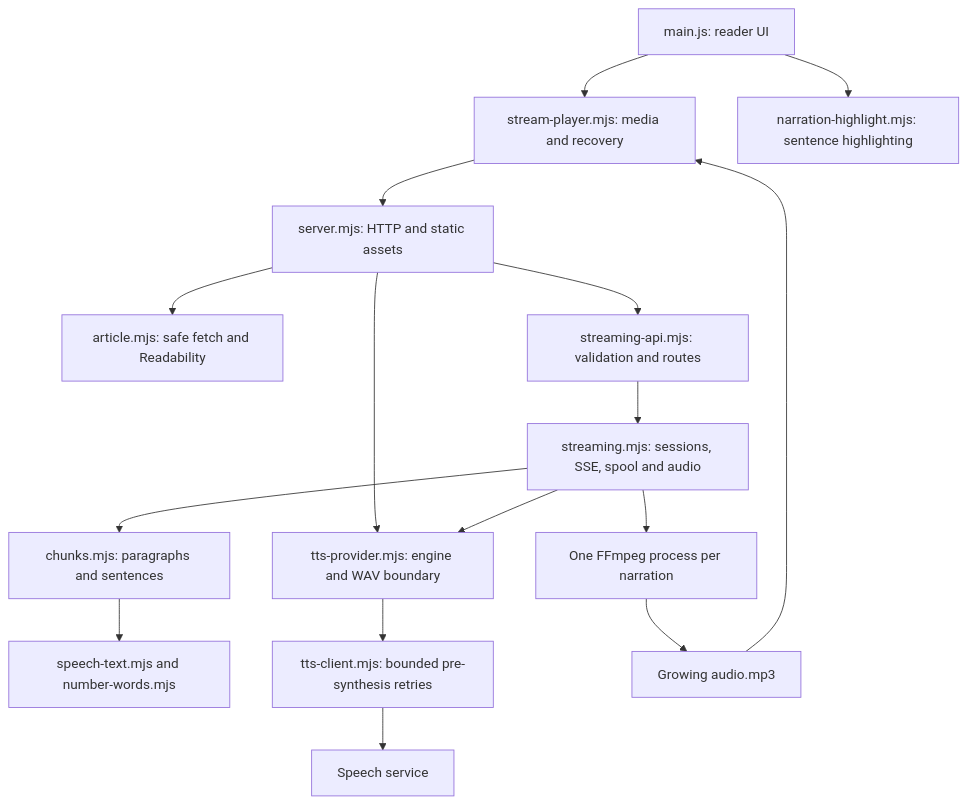
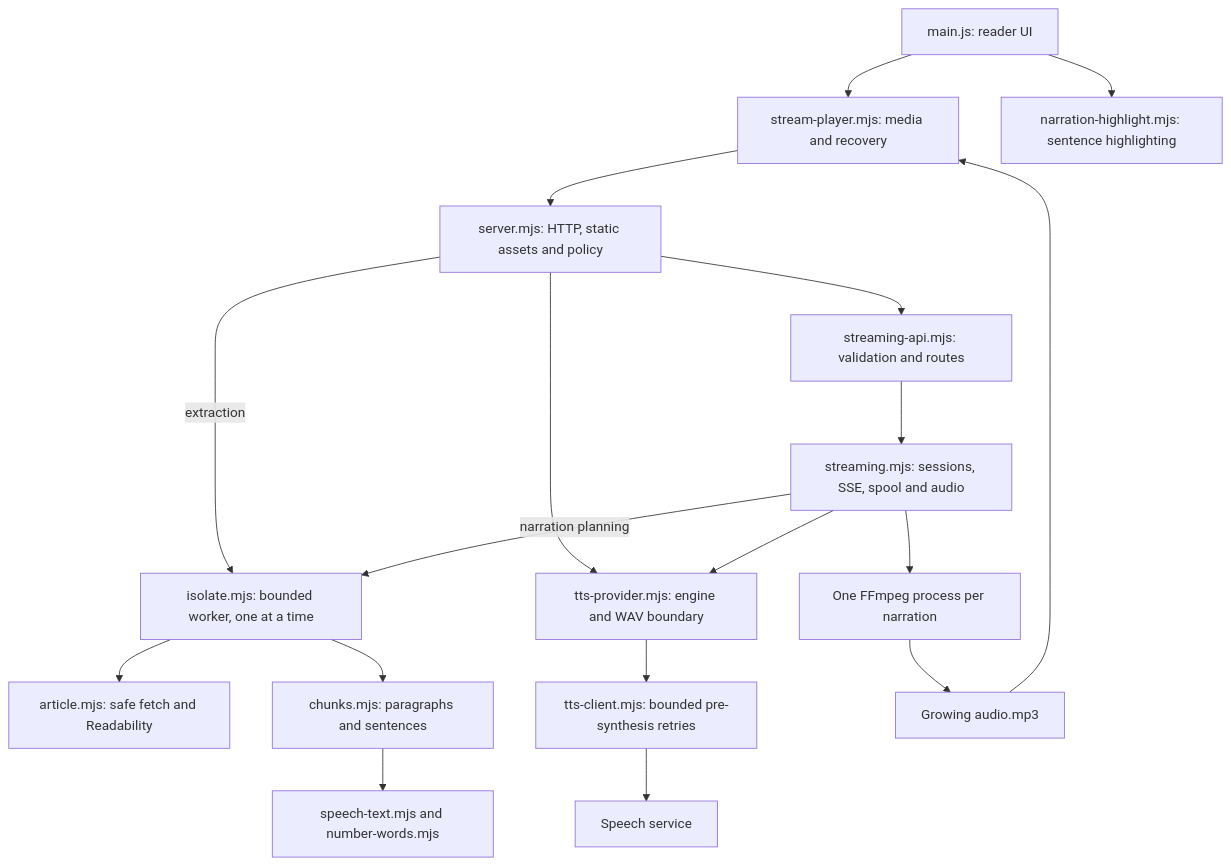
Before and after one commit to acramatte/article-reader: the second of 6 diagrams in docs/architecture.md, drawn with Mermaid. The commit also changed other lines of this file and 2 other files, not shown here.

````diff
--- a/docs/architecture.md
+++ b/docs/architecture.md
@@ -38,18 +39,20 @@
 ```mermaid
 flowchart TD
     UI[main.js: reader UI] --> Player[stream-player.mjs: media and recovery]
     UI --> Highlight[narration-highlight.mjs: sentence highlighting]
-    Player --> HTTP[server.mjs: HTTP and static assets]
-    HTTP --> Article[article.mjs: safe fetch and Readability]
+    Player --> HTTP[server.mjs: HTTP, static assets and policy]
+    HTTP -->|extraction| Isolate[isolate.mjs: bounded worker, one at a time]
+    Isolate --> Article[article.mjs: safe fetch and Readability]
     HTTP --> API[streaming-api.mjs: validation and routes]
     API --> Sessions[streaming.mjs: sessions, SSE, spool and audio]
-    Sessions --> Chunks[chunks.mjs: paragraphs and sentences]
+    Sessions -->|narration planning| Isolate
+    Isolate --> Chunks[chunks.mjs: paragraphs and sentences]
     Chunks --> Speech[speech-text.mjs and number-words.mjs]
     HTTP --> Provider[tts-provider.mjs: engine and WAV boundary]
     Sessions --> Provider
     Provider --> Retry[tts-client.mjs: bounded pre-synthesis retries]
     Retry --> Inference[Speech service]
     Sessions --> Encoder[One FFmpeg process per narration]
     Encoder --> Spool[Growing audio.mp3]
     Spool --> Player
 ```
````
